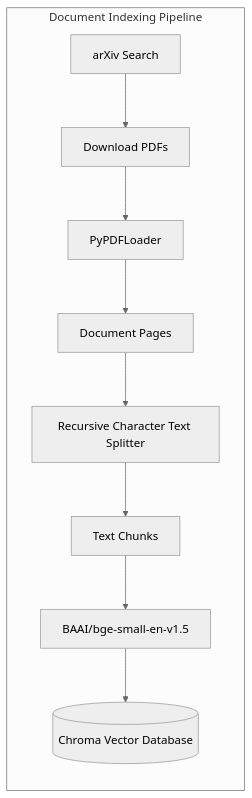
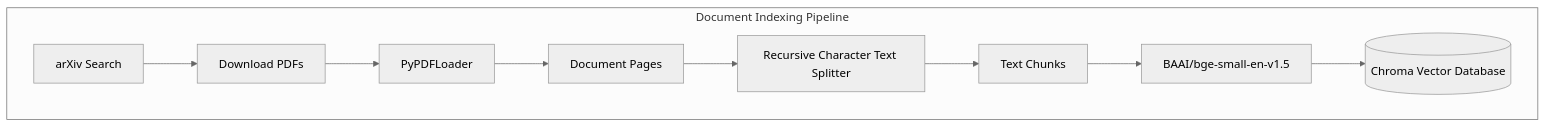
Before and after one commit to Cristy210/AI_RA: the first of 3 diagrams in README.md, drawn with Mermaid (neutral theme). The commit also changed other lines of this file, not shown here.

Commit message:
Updated the flowchart direction for the two workflows.

````diff
--- a/README.md
+++ b/README.md
@@ -34,21 +34,18 @@
 ```mermaid
 flowchart LR
 
 subgraph Offline["Document Indexing Pipeline"]
+    direction LR
 
-A[arXiv Search] --> B[Download PDFs]
+    A[arXiv Search]
+    B[Download PDFs]
+    C[PyPDFLoader]
+    D[Document Pages]
+    E[Recursive Character Text Splitter]
+    F[Text Chunks]
+    G[BAAI/bge-small-en-v1.5]
+    H[(Chroma Vector Database)]
 
-B --> C[PyPDFLoader]
-
-C --> D[Document Pages]
-
-D --> E[Recursive Character Text Splitter]
-
-E --> F[Text Chunks]
-
-F --> G[BAAI/bge-small-en-v1.5]
-
-G --> H[(Chroma Vector Database)]
-
+    A --> B --> C --> D --> E --> F --> G --> H
 end
 ```
````
